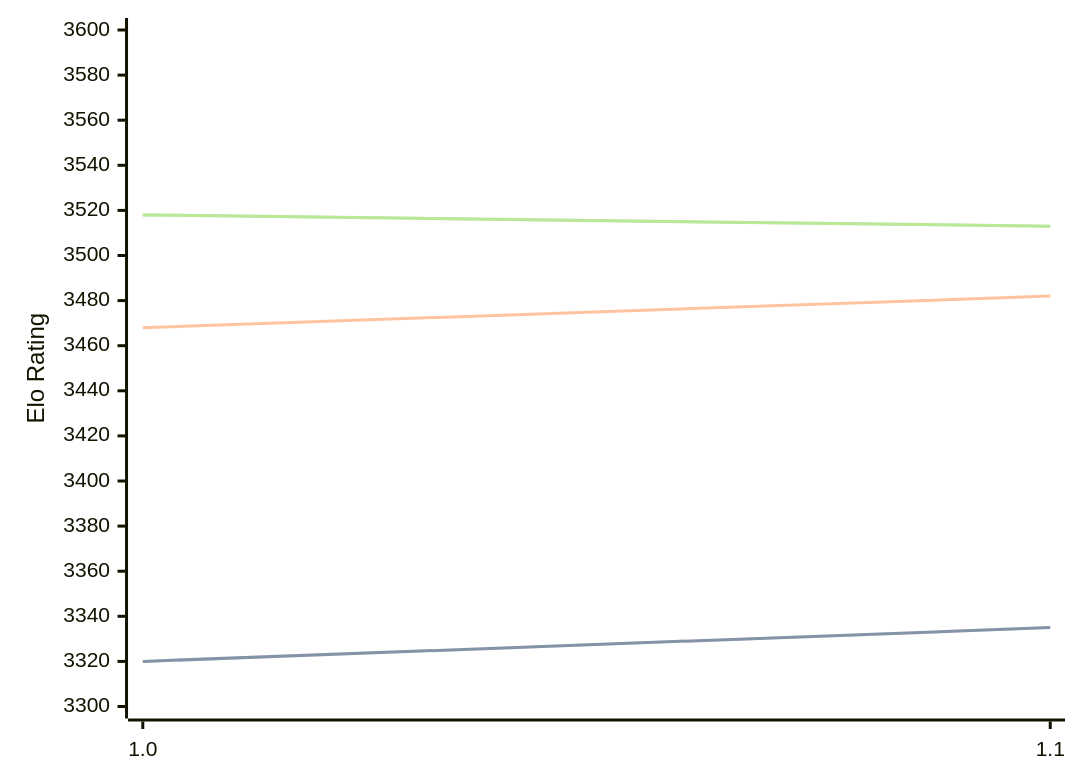
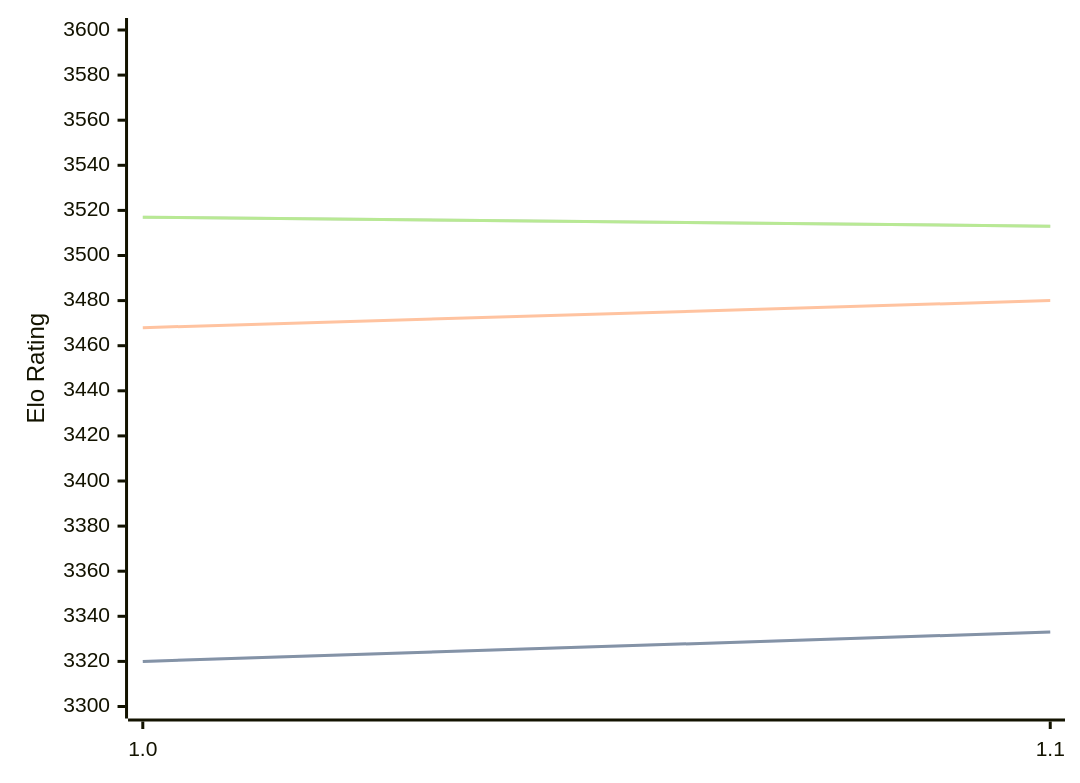
The diagram in engines/Horsie.md (computer-chess-index/cci), drawn with Mermaid before and after one commit. The commit also changed other lines of this file, not shown here.

Commit message:
Update CCI Ratings (ELO VLTC) - 2026-06-12

````diff
--- a/engines/Horsie.md
+++ b/engines/Horsie.md
@@ -32,11 +32,11 @@
 ```mermaid
 %%{init: {"theme":"base","themeVariables":{"seriesColors:['#a3a3a3','#222221','#faa371']}}}%%
 xychart-beta
   x-axis ["1.0", "1.1"]
   y-axis "Elo Rating" 3300 --> 3600
-  line "STC (8.0+0.08s)" [3320, 3335]
-  line "STC (8.0+0.08s)" [3320, 3335]
-  line "LTC (60.0+0.60s)" [3468, 3482]
-  line "VLTC (2m24s+1.12s)" [3518, 3513]
-  line "VLTC (2m24s+1.12s)" [3518, 3513]
+  line "STC (8.0+0.08s)" [3320, 3333]
+  line "STC (8.0+0.08s)" [3320, 3333]
+  line "LTC (60.0+0.60s)" [3468, 3480]
+  line "VLTC (2m24s+1.12s)" [3517, 3513]
+  line "VLTC (2m24s+1.12s)" [3517, 3513]
 ```
````
